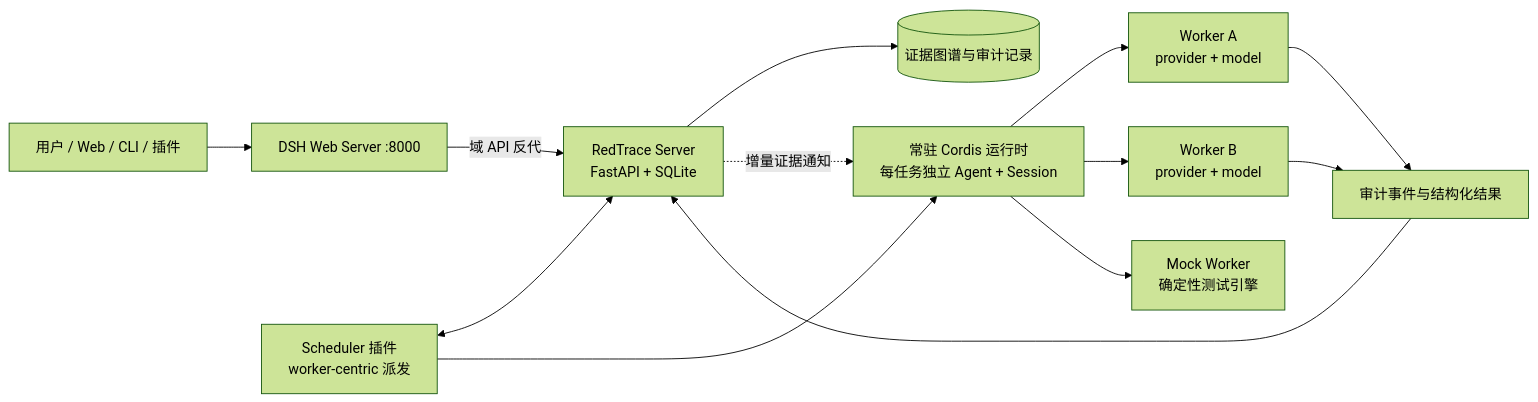
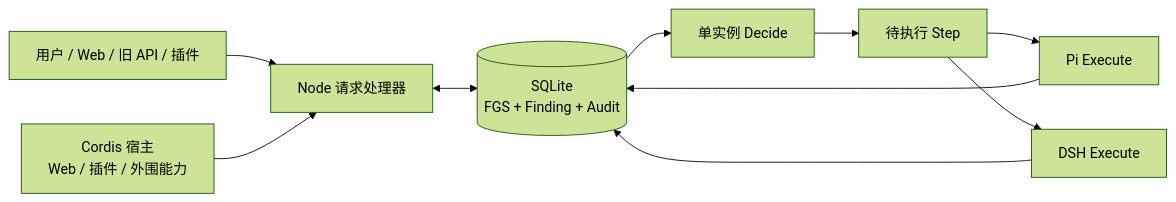
Before and after one commit to 0X6C7879/RedTrace: the diagram in README.md, drawn with Mermaid (forest theme). The commit also changed other lines of this file and 84 other files, not shown here.

First line of the commit message:
feat: add node runtime benchmarks, FGS viewer, redtrace-engine package, and various fixes

````diff
--- a/README.md
+++ b/README.md
@@ -25,15 +25,12 @@
 ```mermaid
 flowchart LR
-    U[用户 / Web / CLI / 插件] --> W[DSH Web Server :8000]
-    W -->|域 API 反代| S[RedTrace Server<br/>FastAPI + SQLite]
-    S --> E[(证据图谱与审计记录)]
-    D[Scheduler 插件<br/>worker-centric 派发] <--> S
-    D --> RT[常驻 Cordis 运行时<br/>每任务独立 Agent + Session]
-    RT --> WA[Worker A<br/>provider + model]
-    RT --> WB[Worker B<br/>provider + model]
-    RT --> WM[Mock Worker<br/>确定性测试引擎]
-    WA --> A[审计事件与结构化结果]
-    WB --> A
-    A --> S
-    S -. 增量证据通知 .-> RT
+    U[用户 / Web / 旧 API / 插件] --> N[Node 请求处理器]
+    N <--> DB[(SQLite<br/>FGS + Finding + Audit)]
+    DB --> D[单实例 Decide]
+    D --> S[待执行 Step]
+    S --> E1[Pi Execute]
+    S --> E2[DSH Execute]
+    E1 --> DB
+    E2 --> DB
+    C[Cordis 宿主<br/>Web / 插件 / 外围能力] --> N
 ```
````
